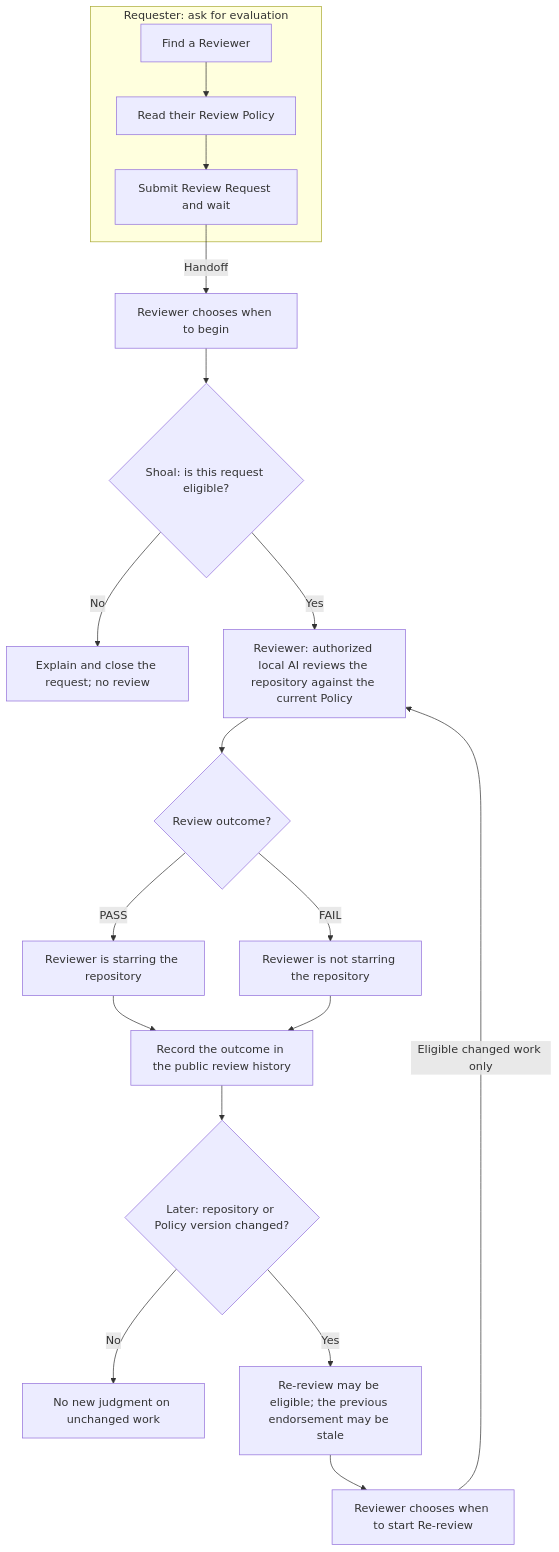
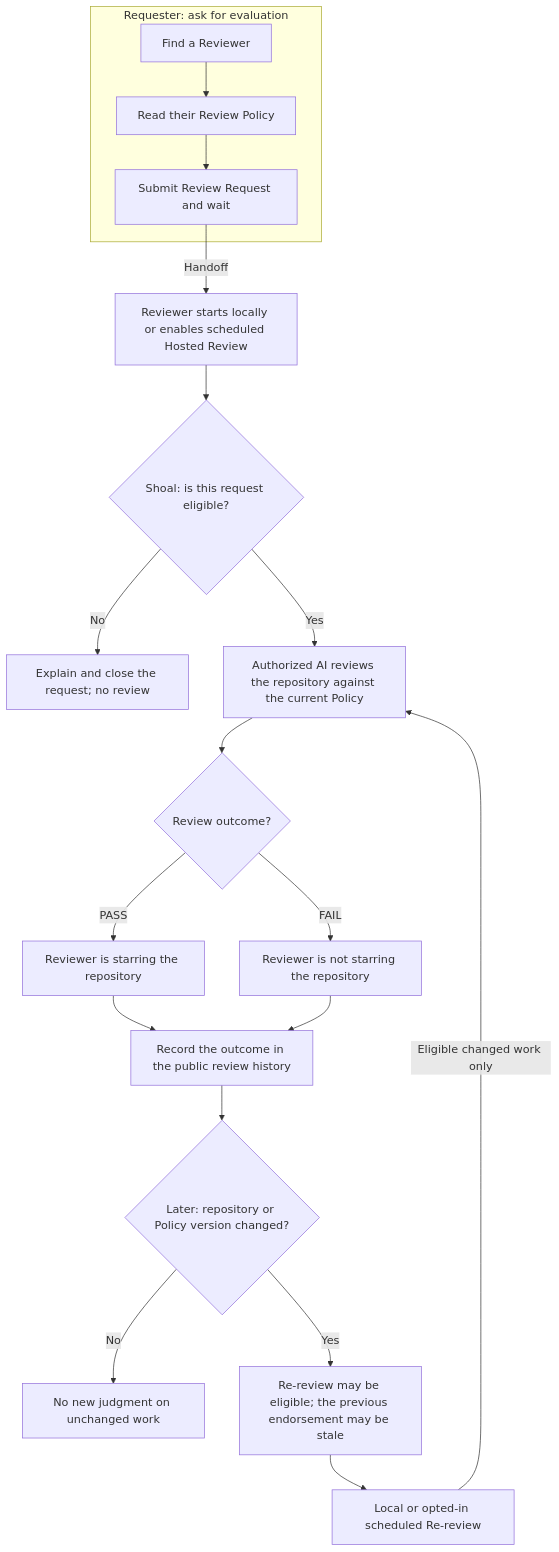
Before and after one commit to taco3064/shoal-app: the diagram in src/guide/lifecycle.md, drawn with Mermaid. The commit also changed other lines of this file and 24 other files, not shown here.

````diff
--- a/src/guide/lifecycle.md
+++ b/src/guide/lifecycle.md
@@ -9,23 +9,23 @@
 ```mermaid
 flowchart TD
   accTitle: The shared Requester and Reviewer lifecycle
-  accDescr: The Requester finds a Reviewer, reads their Policy, submits a request and waits. The Reviewer chooses when to begin. Shoal checks eligibility: invalid requests receive an explanation and are closed without review. Eligible work is reviewed against the current Policy using the authorized local AI. PASS means the Reviewer is starring the repository; FAIL means they are not. The outcome is recorded publicly. Repository or Policy changes may allow Re-review, which the Reviewer chooses when to start. Unchanged work receives no new judgment.
+  accDescr: The Requester finds a Reviewer, reads their Policy, submits a request and waits. The Reviewer begins locally or opts in to scheduled Hosted Review. Shoal checks eligibility: invalid requests receive an explanation and are closed without review. Eligible work is reviewed against the current Policy using an authorized local AI or hosted Copilot. PASS means the Reviewer is starring the repository; FAIL means they are not. The outcome is recorded publicly. Repository or Policy changes may allow Re-review, which may run locally or through an explicitly enabled hosted schedule. Unchanged work receives no new judgment.
   subgraph requester["Requester: ask for evaluation"]
     find["Find a Reviewer"] --> policy["Read their Review Policy"]
     policy --> request["Submit Review Request and wait"]
   end
-  request -->|Handoff| start["Reviewer chooses when to begin"]
+  request -->|Handoff| start["Reviewer starts locally or enables scheduled Hosted Review"]
   start --> eligible{"Shoal: is this request eligible?"}
   eligible -->|No| invalid["Explain and close the request; no review"]
-  eligible -->|Yes| review["Reviewer: authorized local AI reviews the repository against the current Policy"]
+  eligible -->|Yes| review["Authorized AI reviews the repository against the current Policy"]
   review --> verdict{"Review outcome?"}
   verdict -->|PASS| star["Reviewer is starring the repository"]
   verdict -->|FAIL| noStar["Reviewer is not starring the repository"]
   star --> record["Record the outcome in the public review history"]
   noStar --> record
   record --> changed{"Later: repository or Policy version changed?"}
   changed -->|No| unchanged["No new judgment on unchanged work"]
   changed -->|Yes| again["Re-review may be eligible; the previous endorsement may be stale"]
-  again --> restart["Reviewer chooses when to start Re-review"]
+  again --> restart["Local or opted-in scheduled Re-review"]
   restart -->|Eligible changed work only| review
 ```
````
